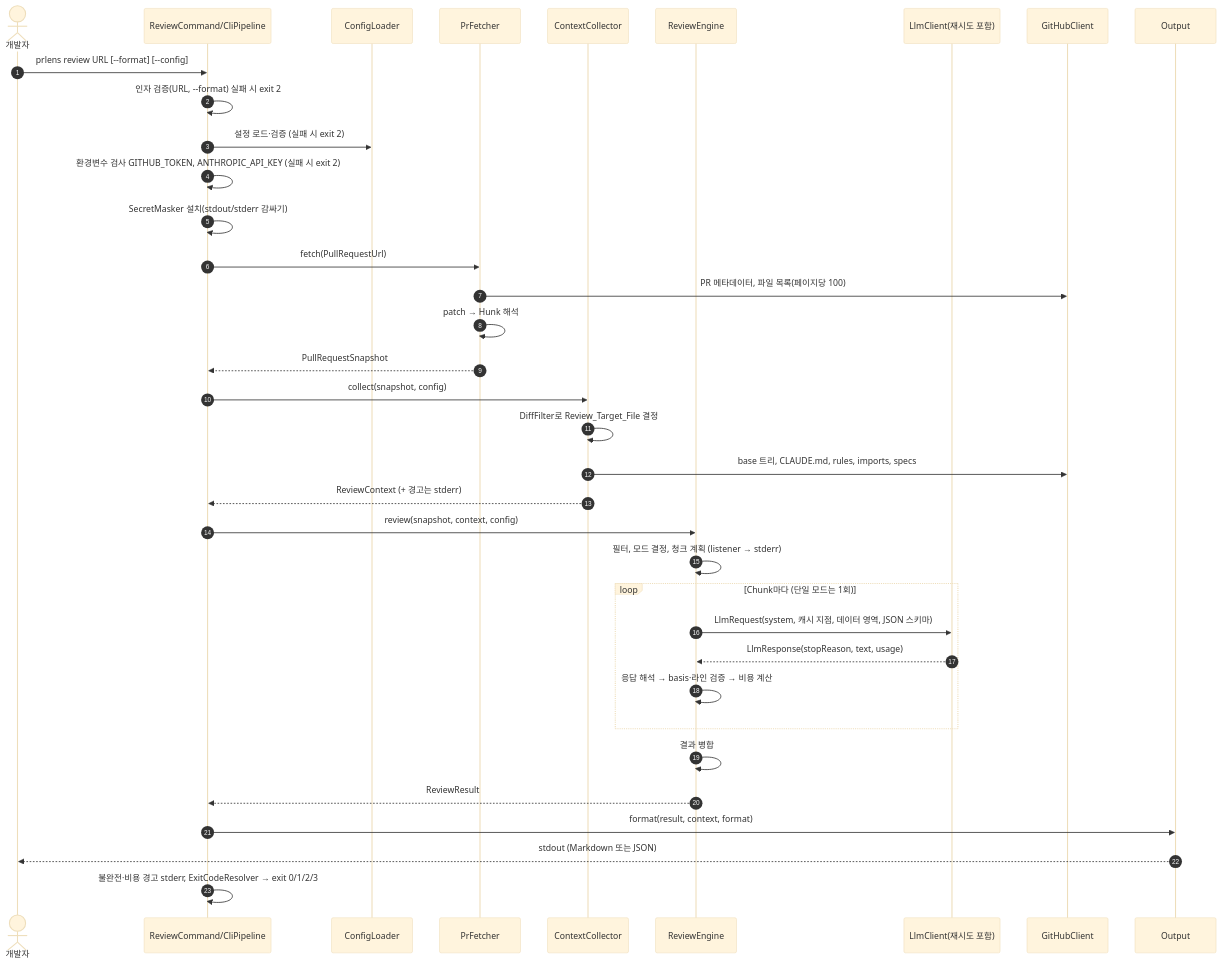
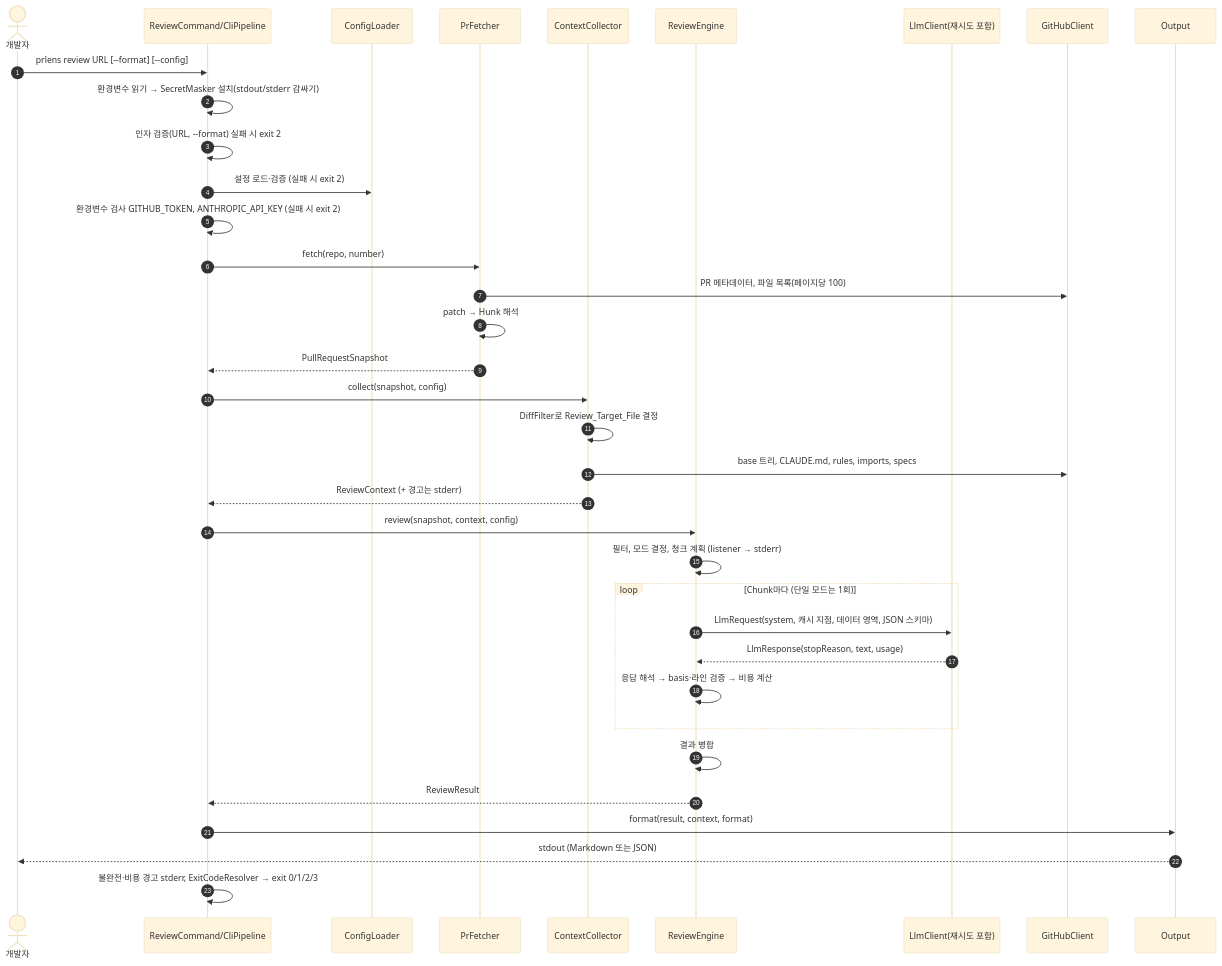
One commit to jjangyeesoo/claude-team-pr-lens changed the second of 2 diagrams in docs/specs/pr-lens-p1-cli/design.md. Above: the diagram before and after it, drawn with Mermaid (base theme). The commit also changed other lines of this file and 9 other files, not shown here.

````diff
--- a/docs/specs/pr-lens-p1-cli/design.md
+++ b/docs/specs/pr-lens-p1-cli/design.md
@@ -100,39 +103,39 @@
 ```mermaid
 sequenceDiagram
   autonumber
   actor Dev as 개발자
   participant CLI as ReviewCommand/CliPipeline
   participant CFG as ConfigLoader
   participant PRF as PrFetcher
   participant CTX as ContextCollector
   participant ENG as ReviewEngine
   participant LLM as LlmClient(재시도 포함)
   participant GH as GitHubClient
   participant OUT as Output
 
   Dev->>CLI: prlens review URL [--format] [--config]
+  CLI->>CLI: 환경변수 읽기 → SecretMasker 설치(stdout/stderr 감싸기)
   CLI->>CLI: 인자 검증(URL, --format) 실패 시 exit 2
   CLI->>CFG: 설정 로드·검증 (실패 시 exit 2)
   CLI->>CLI: 환경변수 검사 GITHUB_TOKEN, ANTHROPIC_API_KEY (실패 시 exit 2)
-  CLI->>CLI: SecretMasker 설치(stdout/stderr 감싸기)
-  CLI->>PRF: fetch(PullRequestUrl)
+  CLI->>PRF: fetch(repo, number)
   PRF->>GH: PR 메타데이터, 파일 목록(페이지당 100)
   PRF->>PRF: patch → Hunk 해석
   PRF-->>CLI: PullRequestSnapshot
   CLI->>CTX: collect(snapshot, config)
   CTX->>CTX: DiffFilter로 Review_Target_File 결정
   CTX->>GH: base 트리, CLAUDE.md, rules, imports, specs
   CTX-->>CLI: ReviewContext (+ 경고는 stderr)
   CLI->>ENG: review(snapshot, context, config)
   ENG->>ENG: 필터, 모드 결정, 청크 계획 (listener → stderr)
   loop Chunk마다 (단일 모드는 1회)
     ENG->>LLM: LlmRequest(system, 캐시 지점, 데이터 영역, JSON 스키마)
     LLM-->>ENG: LlmResponse(stopReason, text, usage)
     ENG->>ENG: 응답 해석 → basis·라인 검증 → 비용 계산
   end
   ENG->>ENG: 결과 병합
   ENG-->>CLI: ReviewResult
   CLI->>OUT: format(result, context, format)
   OUT-->>Dev: stdout (Markdown 또는 JSON)
   CLI->>CLI: 불완전·비용 경고 stderr, ExitCodeResolver → exit 0/1/2/3
 ```
````
